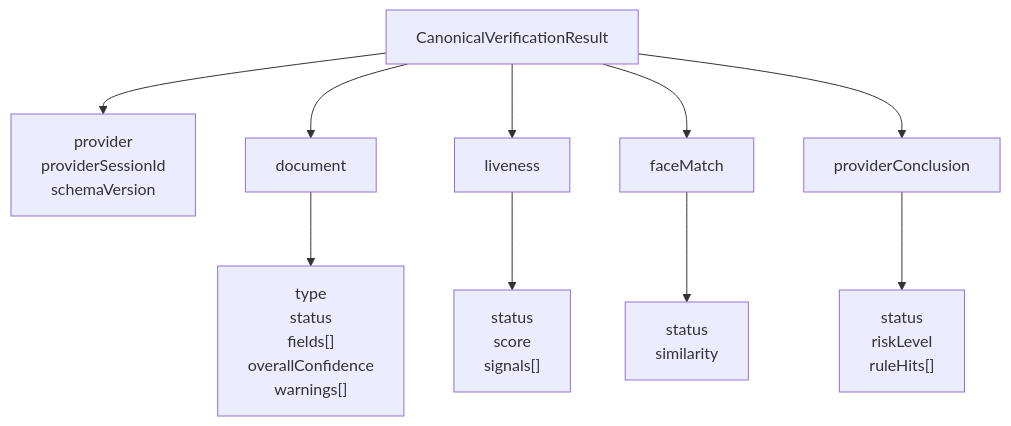
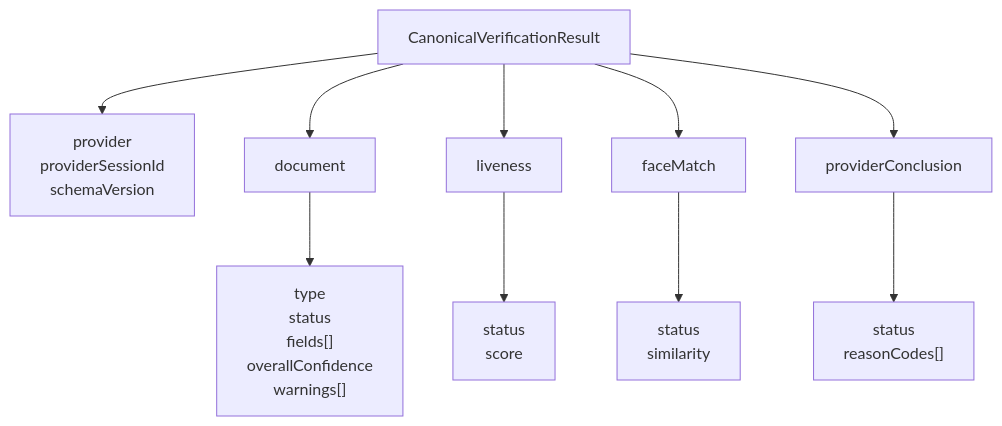
One commit to huynv-xyz/vhm changed the seventh of 24 diagrams in tdd2.md. Above: the diagram before and after it, drawn with Mermaid. The commit also changed other lines of this file, not shown here.

````diff
--- a/tdd2.md
+++ b/tdd2.md
@@ -590,12 +590,12 @@
 ```mermaid
 flowchart TB
     RESULT["CanonicalVerificationResult"] --> META["provider<br/>providerSessionId<br/>schemaVersion"]
     RESULT --> DOCUMENT["document"]
     DOCUMENT --> DOCUMENT_DATA["type<br/>status<br/>fields[]<br/>overallConfidence<br/>warnings[]"]
     RESULT --> LIVENESS["liveness"]
-    LIVENESS --> LIVENESS_DATA["status<br/>score<br/>signals[]"]
+    LIVENESS --> LIVENESS_DATA["status<br/>score"]
     RESULT --> FACE["faceMatch"]
     FACE --> FACE_DATA["status<br/>similarity"]
     RESULT --> CONCLUSION["providerConclusion"]
-    CONCLUSION --> CONCLUSION_DATA["status<br/>riskLevel<br/>ruleHits[]"]
+    CONCLUSION --> CONCLUSION_DATA["status<br/>reasonCodes[]"]
 ```
````
